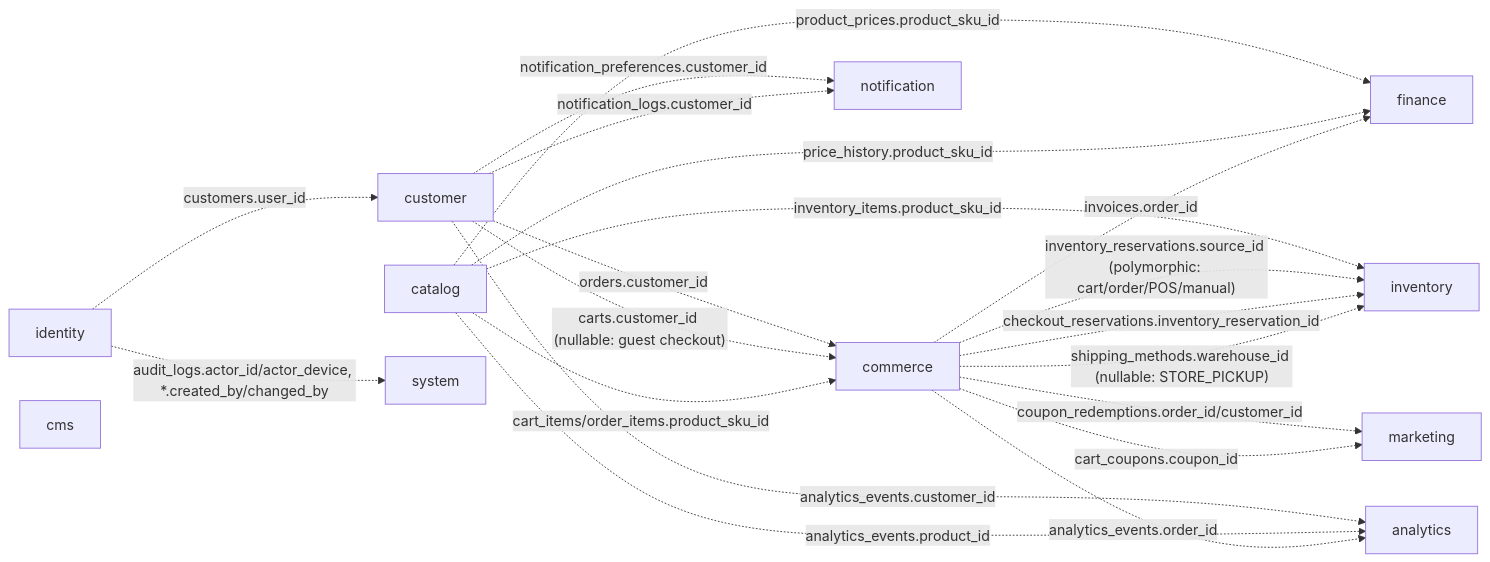
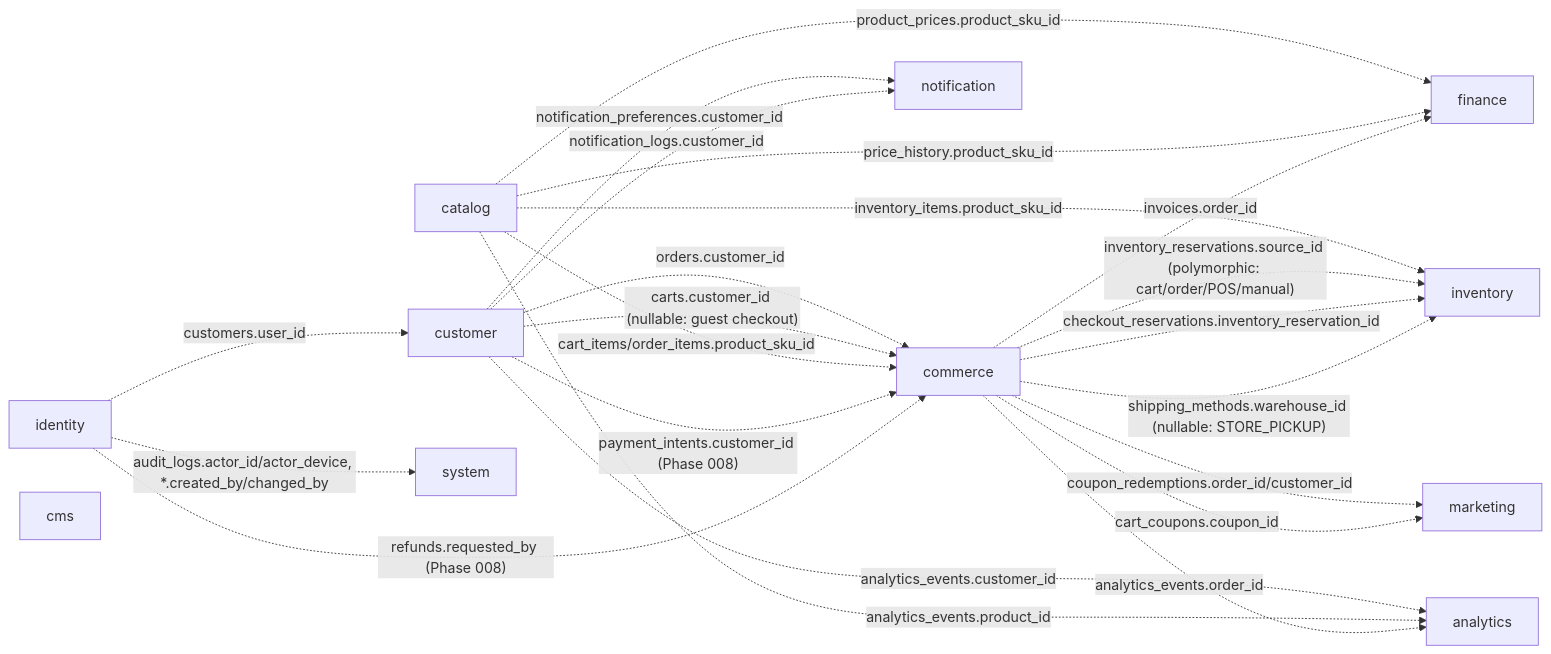
One commit to HuseinHbz/Didar changed the first of 12 diagrams in docs/database/erd.md. Above: the diagram before and after it, drawn with Mermaid. The commit also changed other lines of this file and 11 other files, not shown here.

First line of the commit message:
docs(payment): complete Phase 008 documentation set

````diff
--- a/docs/database/erd.md
+++ b/docs/database/erd.md
@@ -24,34 +24,36 @@
 ```mermaid
 graph LR
     identity["identity"]
     customer["customer"]
     catalog["catalog"]
     inventory["inventory"]
     commerce["commerce"]
     marketing["marketing"]
     finance["finance"]
     notification["notification"]
     cms["cms"]
     analytics["analytics"]
     system["system"]
 
     identity -. "customers.user_id" .-> customer
     customer -. "orders.customer_id" .-> commerce
     customer -. "carts.customer_id (nullable: guest checkout)" .-> commerce
     catalog -. "product_prices.product_sku_id" .-> finance
     catalog -. "price_history.product_sku_id" .-> finance
     catalog -. "inventory_items.product_sku_id" .-> inventory
     catalog -. "cart_items/order_items.product_sku_id" .-> commerce
     commerce -. "invoices.order_id" .-> finance
     commerce -. "inventory_reservations.source_id (polymorphic: cart/order/POS/manual)" .-> inventory
     commerce -. "checkout_reservations.inventory_reservation_id" .-> inventory
     commerce -. "shipping_methods.warehouse_id (nullable: STORE_PICKUP)" .-> inventory
     commerce -. "coupon_redemptions.order_id/customer_id" .-> marketing
     commerce -. "cart_coupons.coupon_id" .-> marketing
+    customer -. "payment_intents.customer_id (Phase 008)" .-> commerce
+    identity -. "refunds.requested_by (Phase 008)" .-> commerce
     customer -. "notification_preferences.customer_id" .-> notification
     customer -. "notification_logs.customer_id" .-> notification
     customer -. "analytics_events.customer_id" .-> analytics
     catalog -. "analytics_events.product_id" .-> analytics
     commerce -. "analytics_events.order_id" .-> analytics
     identity -. "audit_logs.actor_id/actor_device, *.created_by/changed_by" .-> system
 ```
````
